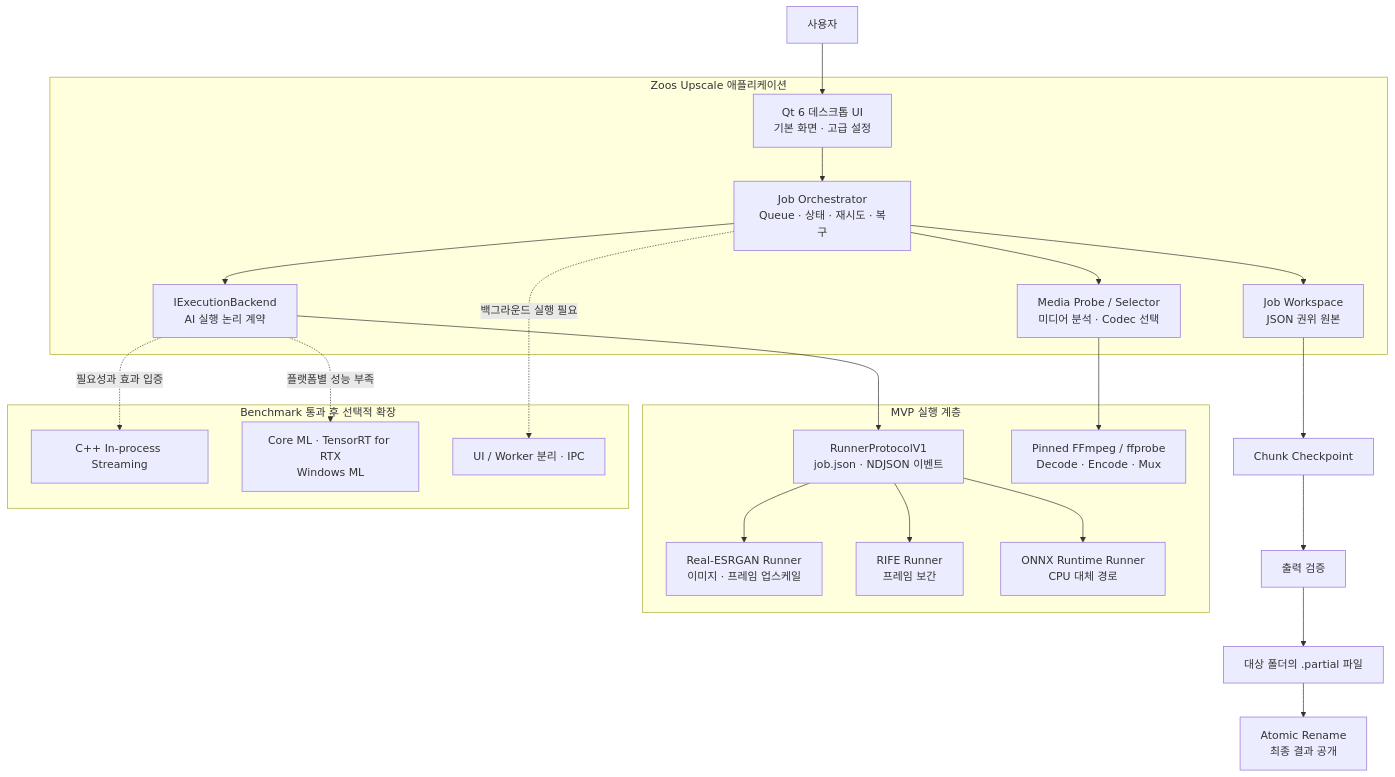
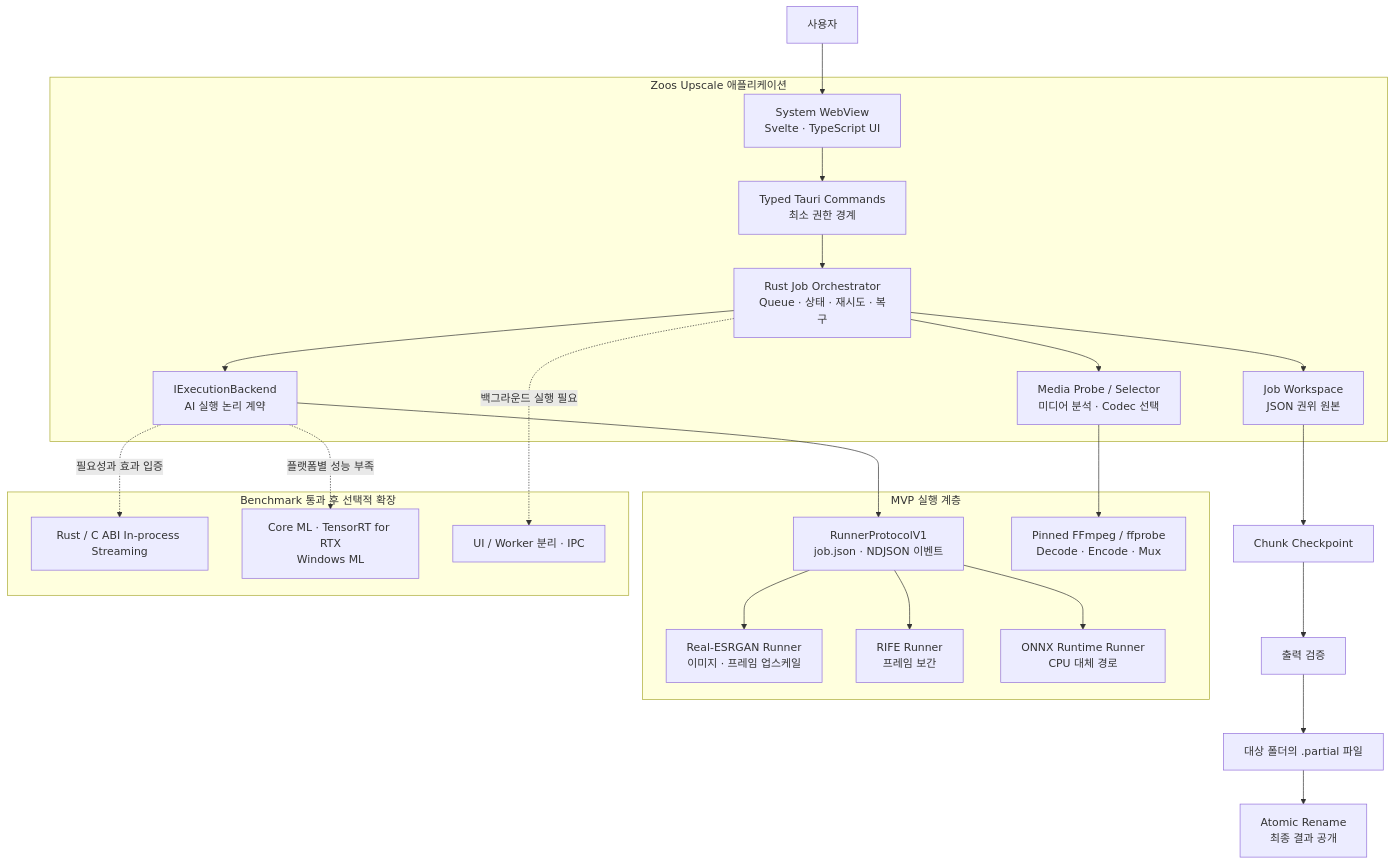
Before and after one commit to zooslab/zoos-upscale: the first of 9 diagrams in ARCHITECTURE.md, drawn with Mermaid. The commit also changed other lines of this file and 1 other file, not shown here.

Commit message:
docs: Tauri Rust 설계 기준 반영

````diff
--- a/ARCHITECTURE.md
+++ b/ARCHITECTURE.md
@@ -24,34 +24,35 @@
 ```mermaid
 flowchart TB
-    USER["사용자"] --> UI["Qt 6 데스크톱 UI<br/>기본 화면 · 고급 설정"]
+    USER["사용자"] --> UI["System WebView<br/>Svelte · TypeScript UI"]
 
     subgraph APP["Zoos Upscale 애플리케이션"]
-        UI --> ORCH["Job Orchestrator<br/>Queue · 상태 · 재시도 · 복구"]
+        UI --> CMD["Typed Tauri Commands<br/>최소 권한 경계"]
+        CMD --> ORCH["Rust Job Orchestrator<br/>Queue · 상태 · 재시도 · 복구"]
         ORCH --> EXEC["IExecutionBackend<br/>AI 실행 논리 계약"]
         ORCH --> MEDIA["Media Probe / Selector<br/>미디어 분석 · Codec 선택"]
         ORCH --> STORE["Job Workspace<br/>JSON 권위 원본"]
     end
 
     subgraph MVP["MVP 실행 계층"]
         EXEC --> PROTOCOL["RunnerProtocolV1<br/>job.json · NDJSON 이벤트"]
         PROTOCOL --> ESR["Real-ESRGAN Runner<br/>이미지 · 프레임 업스케일"]
         PROTOCOL --> RIFE["RIFE Runner<br/>프레임 보간"]
         PROTOCOL --> ORT["ONNX Runtime Runner<br/>CPU 대체 경로"]
         MEDIA --> FFMPEG["Pinned FFmpeg / ffprobe<br/>Decode · Encode · Mux"]
     end
 
     STORE --> CHECKPOINT["Chunk Checkpoint"]
     CHECKPOINT --> VERIFY["출력 검증"]
     VERIFY --> PARTIAL["대상 폴더의 .partial 파일"]
     PARTIAL --> OUTPUT["Atomic Rename<br/>최종 결과 공개"]
 
     subgraph LATER["Benchmark 통과 후 선택적 확장"]
-        NATIVE["C++ In-process Streaming"]
+        NATIVE["Rust / C ABI In-process Streaming"]
         VENDOR["Core ML · TensorRT for RTX<br/>Windows ML"]
         WORKER["UI / Worker 분리 · IPC"]
     end
 
     EXEC -. 필요성과 효과 입증 .-> NATIVE
     EXEC -. 플랫폼별 성능 부족 .-> VENDOR
     ORCH -. 백그라운드 실행 필요 .-> WORKER
 ```
````
